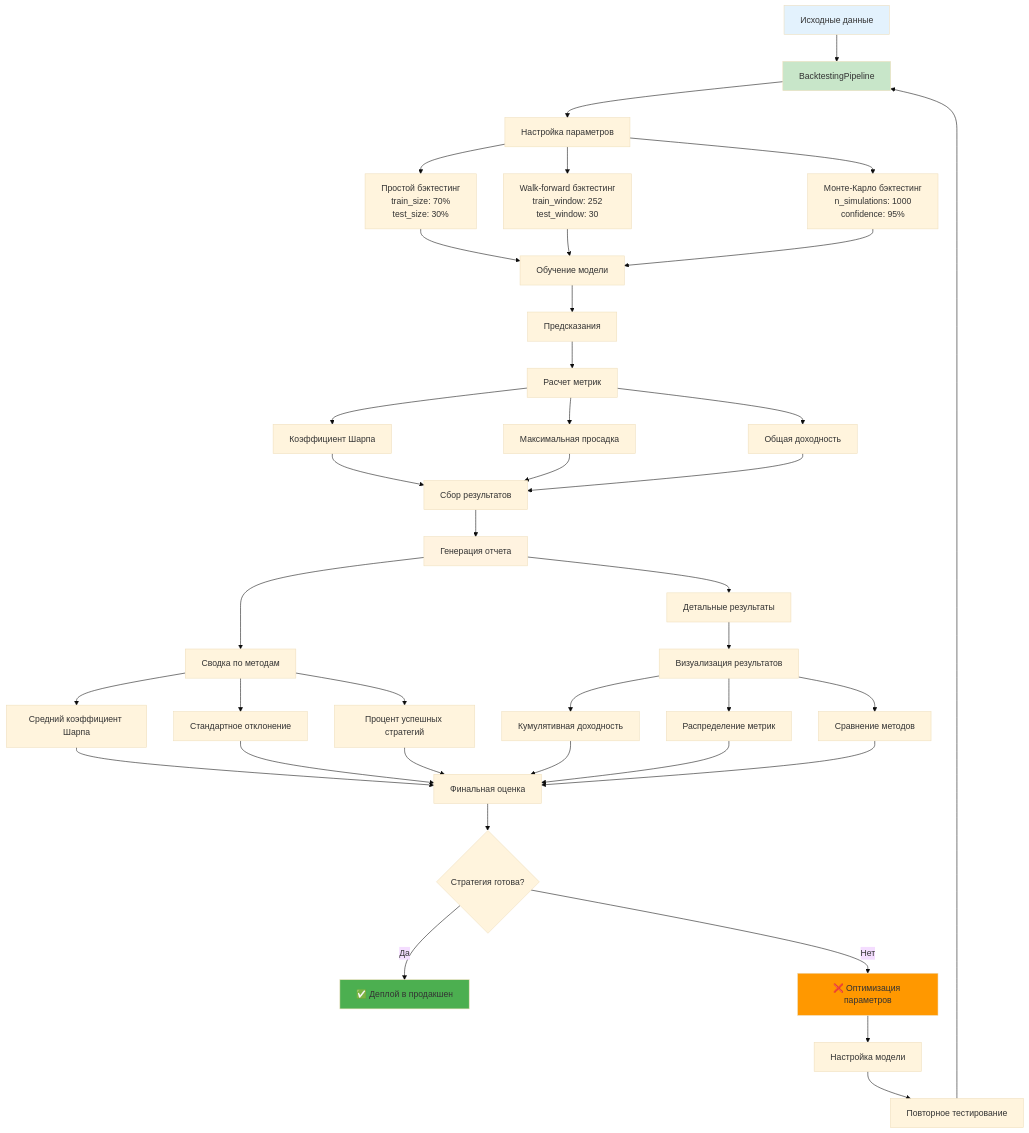
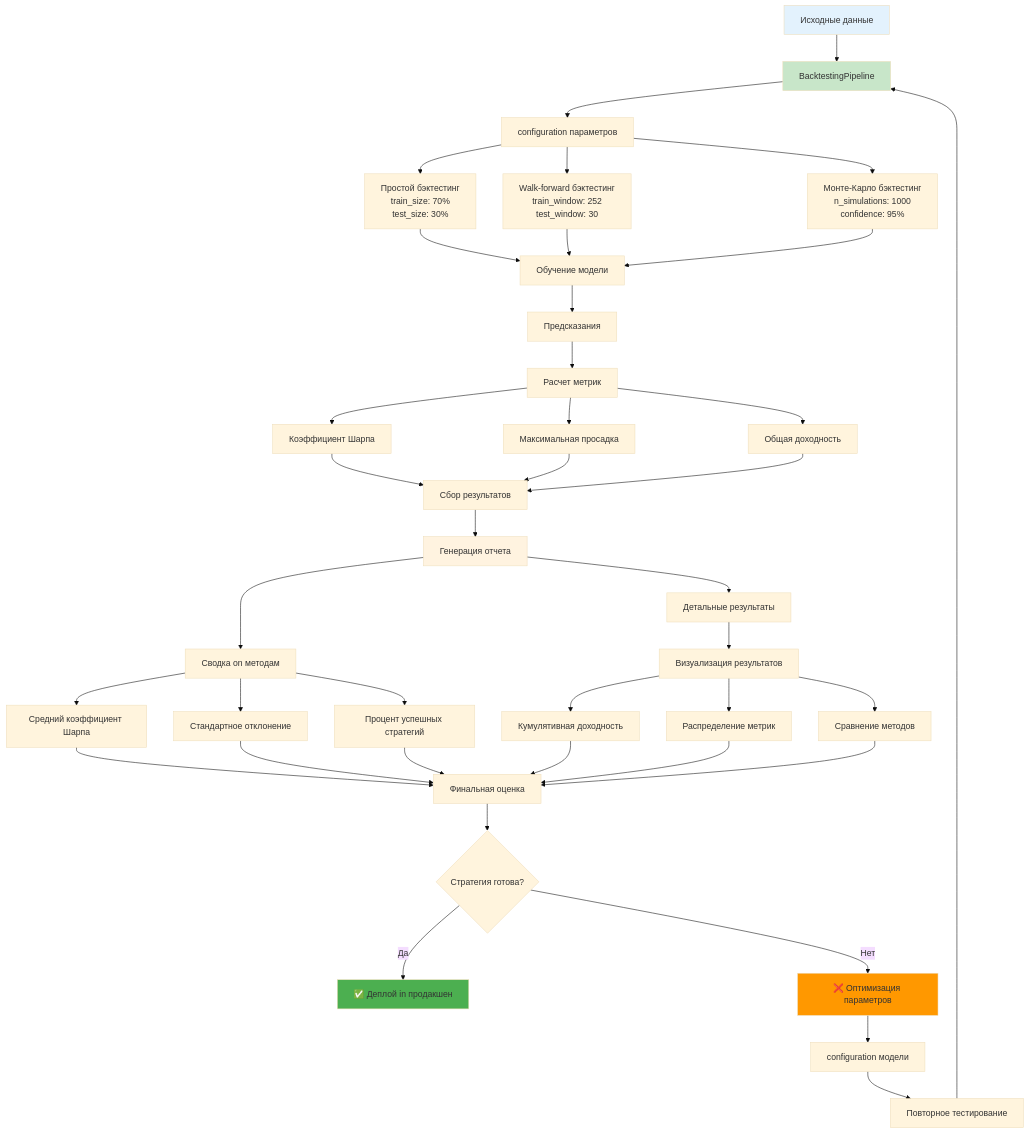
The ninth of 9 diagrams in docs/automl/gluon/29_backtesting_methods.md (NeoZorK/neozork-hld-prediction), drawn with Mermaid (base theme) before and after one commit. The commit also changed other lines of this file and 19 other files, not shown here.

````diff
--- a/docs/automl/gluon/29_backtesting_methods.md
+++ b/docs/automl/gluon/29_backtesting_methods.md
@@ -3393,58 +3393,58 @@
 ```mermaid
 graph TD
-    A[Исходные данные] --> B[BacktestingPipeline]
-    B --> C[Настройка параметров]
-    
-    C --> D[Простой бэктестинг<br/>train_size: 70%<br/>test_size: 30%]
-    C --> E[Walk-forward бэктестинг<br/>train_window: 252<br/>test_window: 30]
-    C --> F[Монте-Карло бэктестинг<br/>n_simulations: 1000<br/>confidence: 95%]
-    
-    D --> G[Обучение модели]
-    E --> G
-    F --> G
-    
-    G --> H[Предсказания]
-    H --> I[Расчет метрик]
-    
-    I --> J[Коэффициент Шарпа]
-    I --> K[Максимальная просадка]
-    I --> L[Общая доходность]
-    
-    J --> M[Сбор результатов]
-    K --> M
-    L --> M
-    
-    M --> N[Генерация отчета]
-    N --> O[Сводка по методам]
-    N --> P[Детальные результаты]
-    
-    O --> Q[Средний коэффициент Шарпа]
-    O --> R[Стандартное отклонение]
-    O --> S[Процент успешных стратегий]
-    
-    P --> T[Визуализация результатов]
-    T --> U[Кумулятивная доходность]
-    T --> V[Распределение метрик]
-    T --> W[Сравнение методов]
-    
-    Q --> X[Финальная оценка]
-    R --> X
-    S --> X
-    U --> X
-    V --> X
-    W --> X
-    
-    X --> Y{Стратегия готова?}
-    Y -->|Да| Z[✅ Деплой в продакшен]
-    Y -->|Нет| AA[❌ Оптимизация параметров]
-    
-    AA --> BB[Настройка модели]
-    BB --> CC[Повторное тестирование]
-    CC --> B
-    
-    style A fill:#e3f2fd
-    style B fill:#c8e6c9
-    style N fill:#fff3e0
-    style Z fill:#4caf50
-    style AA fill:#ff9800
+ A[Исходные данные] --> B[BacktestingPipeline]
+ B --> C[configuration параметров]
+
+ C --> D[Простой бэктестинг<br/>train_size: 70%<br/>test_size: 30%]
+ C --> E[Walk-forward бэктестинг<br/>train_window: 252<br/>test_window: 30]
+ C --> F[Монте-Карло бэктестинг<br/>n_simulations: 1000<br/>confidence: 95%]
+
+ D --> G[Обучение модели]
+ E --> G
+ F --> G
+
+ G --> H[Предсказания]
+ H --> I[Расчет метрик]
+
+ I --> J[Коэффициент Шарпа]
+ I --> K[Максимальная просадка]
+ I --> L[Общая доходность]
+
+ J --> M[Сбор результатов]
+ K --> M
+ L --> M
+
+ M --> N[Генерация отчета]
+ N --> O[Сводка on методам]
+ N --> P[Детальные результаты]
+
+ O --> Q[Средний коэффициент Шарпа]
+ O --> R[Стандартное отклонение]
+ O --> S[Процент успешных стратегий]
+
+ P --> T[Визуализация результатов]
+ T --> U[Кумулятивная доходность]
+ T --> V[Распределение метрик]
+ T --> W[Сравнение методов]
+
+ Q --> X[Финальная оценка]
+ R --> X
+ S --> X
+ U --> X
+ V --> X
+ W --> X
+
+ X --> Y{Стратегия готова?}
+ Y -->|Да| Z[✅ Деплой in продакшен]
+ Y -->|Нет| AA[❌ Оптимизация параметров]
+
+ AA --> BB[configuration модели]
+ BB --> CC[Повторное тестирование]
+ CC --> B
+
+ style A fill:#e3f2fd
+ style B fill:#c8e6c9
+ style N fill:#fff3e0
+ style Z fill:#4caf50
+ style AA fill:#ff9800
 ```
````
